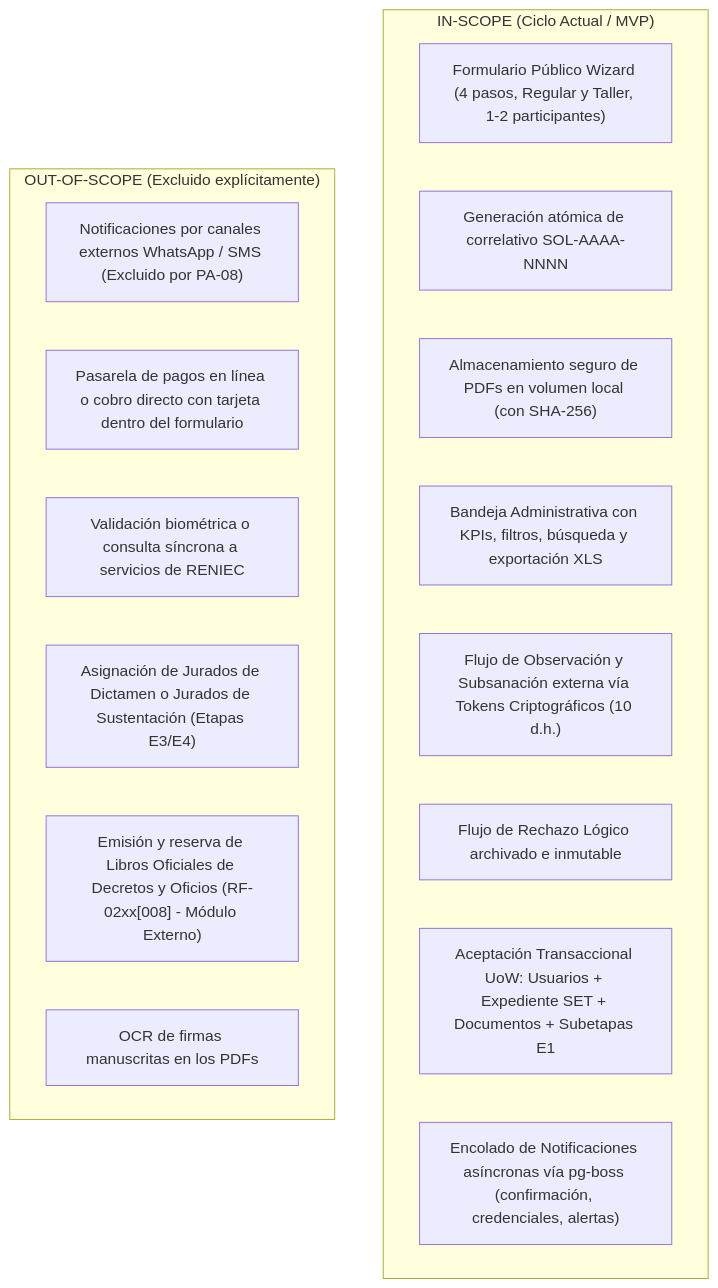
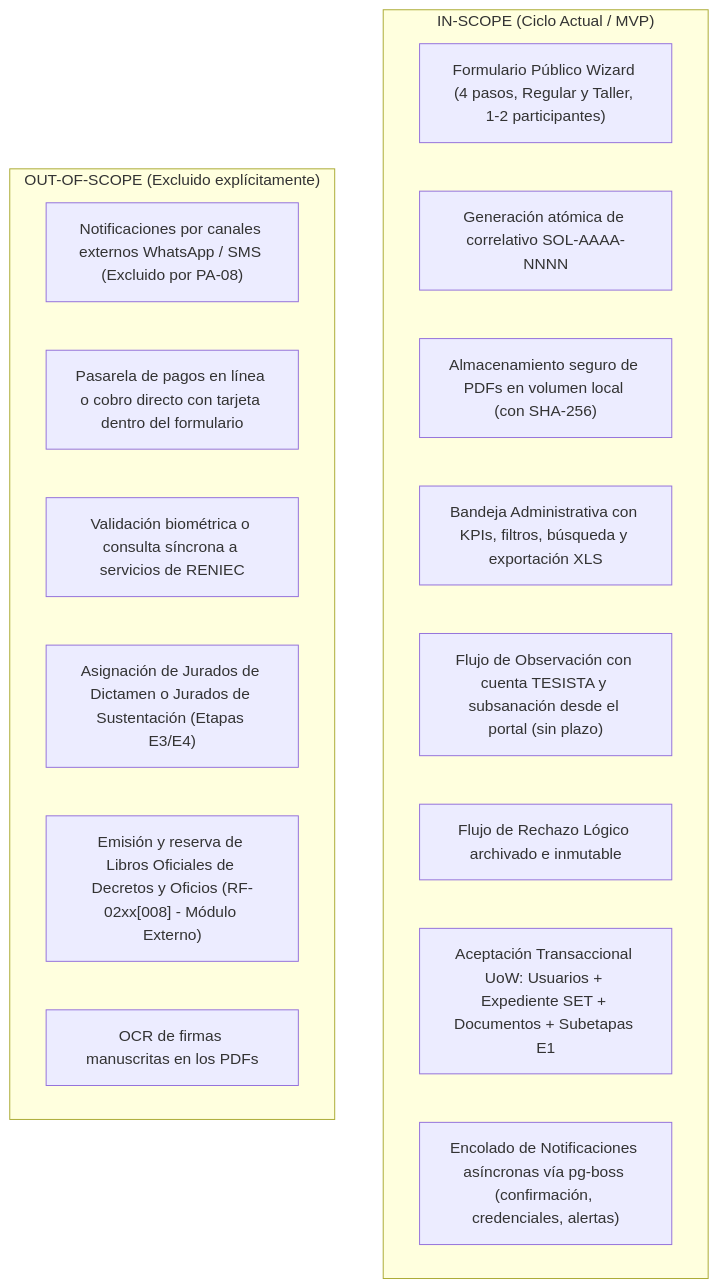
Before and after one commit to grupo10pis2026-byte/situnsa: the first of 3 diagrams in docs/05-sdd/modulo-obtencion-datos/spec.md, drawn with Mermaid. The commit also changed other lines of this file and 5 other files, not shown here.

First line of the commit message:
docs(obtencion-datos): CR-MOD-OBT-002 (OAuth, cuenta al observar, sin plazo, foto JPG)

````diff
--- a/docs/05-sdd/modulo-obtencion-datos/spec.md
+++ b/docs/05-sdd/modulo-obtencion-datos/spec.md
@@ -37,22 +45,22 @@
 ```mermaid
 graph TD
     subgraph IN_SCOPE["IN-SCOPE (Ciclo Actual / MVP)"]
         A1["Formulario Público Wizard (4 pasos, Regular y Taller, 1-2 participantes)"]
         A2["Generación atómica de correlativo SOL-AAAA-NNNN"]
         A3["Almacenamiento seguro de PDFs en volumen local (con SHA-256)"]
         A4["Bandeja Administrativa con KPIs, filtros, búsqueda y exportación XLS"]
-        A5["Flujo de Observación y Subsanación externa vía Tokens Criptográficos (10 d.h.)"]
+        A5["Flujo de Observación con cuenta TESISTA y subsanación desde el portal (sin plazo)"]
         A6["Flujo de Rechazo Lógico archivado e inmutable"]
         A7["Aceptación Transaccional UoW: Usuarios + Expediente SET + Documentos + Subetapas E1"]
         A8["Encolado de Notificaciones asíncronas vía pg-boss (confirmación, credenciales, alertas)"]
     end
 
     subgraph OUT_OF_SCOPE["OUT-OF-SCOPE (Excluido explícitamente)"]
         B1["Notificaciones por canales externos WhatsApp / SMS (Excluido por PA-08)"]
         B2["Pasarela de pagos en línea o cobro directo con tarjeta dentro del formulario"]
         B3["Validación biométrica o consulta síncrona a servicios de RENIEC"]
         B4["Asignación de Jurados de Dictamen o Jurados de Sustentación (Etapas E3/E4)"]
         B5["Emisión y reserva de Libros Oficiales de Decretos y Oficios (RF-02xx[008] - Módulo Externo)"]
         B6["OCR de firmas manuscritas en los PDFs"]
     end
 ```
````
